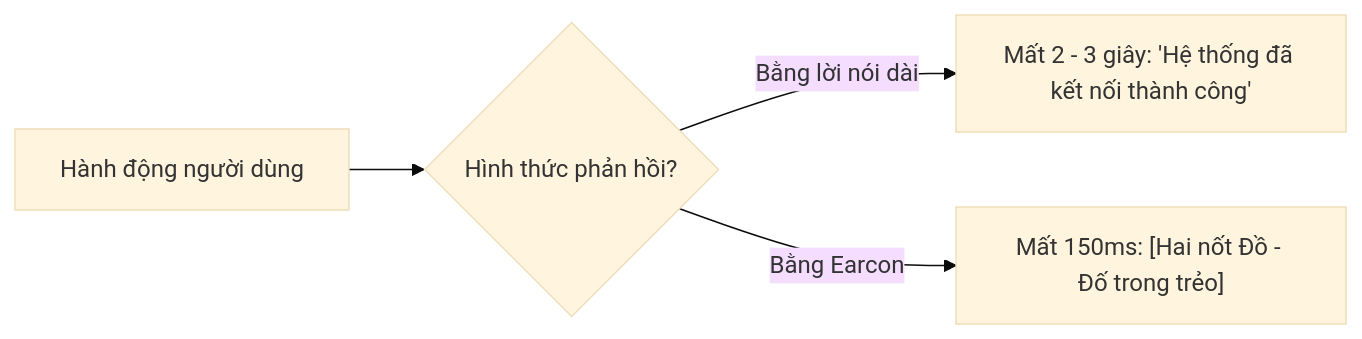
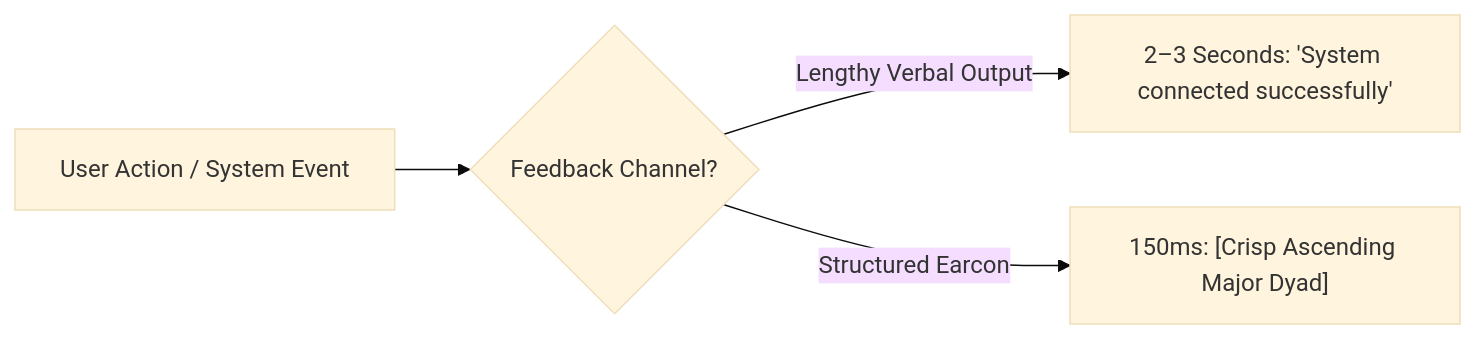
Before and after one commit to jangtrinh/design-os-voice-ux: the diagram in 02-interaction-patterns/audio-feedback-and-earcons.md, drawn with Mermaid (base theme). The commit also changed other lines of this file and 41 other files, not shown here.

````diff
--- a/02-interaction-patterns/audio-feedback-and-earcons.md
+++ b/02-interaction-patterns/audio-feedback-and-earcons.md
@@ -12,6 +12,6 @@
 ```mermaid
 graph LR
-    UserAction[Hành động người dùng] --> FeedbackChoice{Hình thức phản hồi?}
-    FeedbackChoice -->|Bằng lời nói dài| Speech["Mất 2 - 3 giây: 'Hệ thống đã kết nối thành công'"]
-    FeedbackChoice -->|Bằng Earcon| Sound["Mất 150ms: [Hai nốt Đồ - Đố trong trẻo]"]
+    UserAction[User Action / System Event] --> FeedbackChoice{Feedback Channel?}
+    FeedbackChoice -->|Lengthy Verbal Output| Speech["2–3 Seconds: 'System connected successfully'"]
+    FeedbackChoice -->|Structured Earcon| Sound["150ms: [Crisp Ascending Major Dyad]"]
 ```
````
